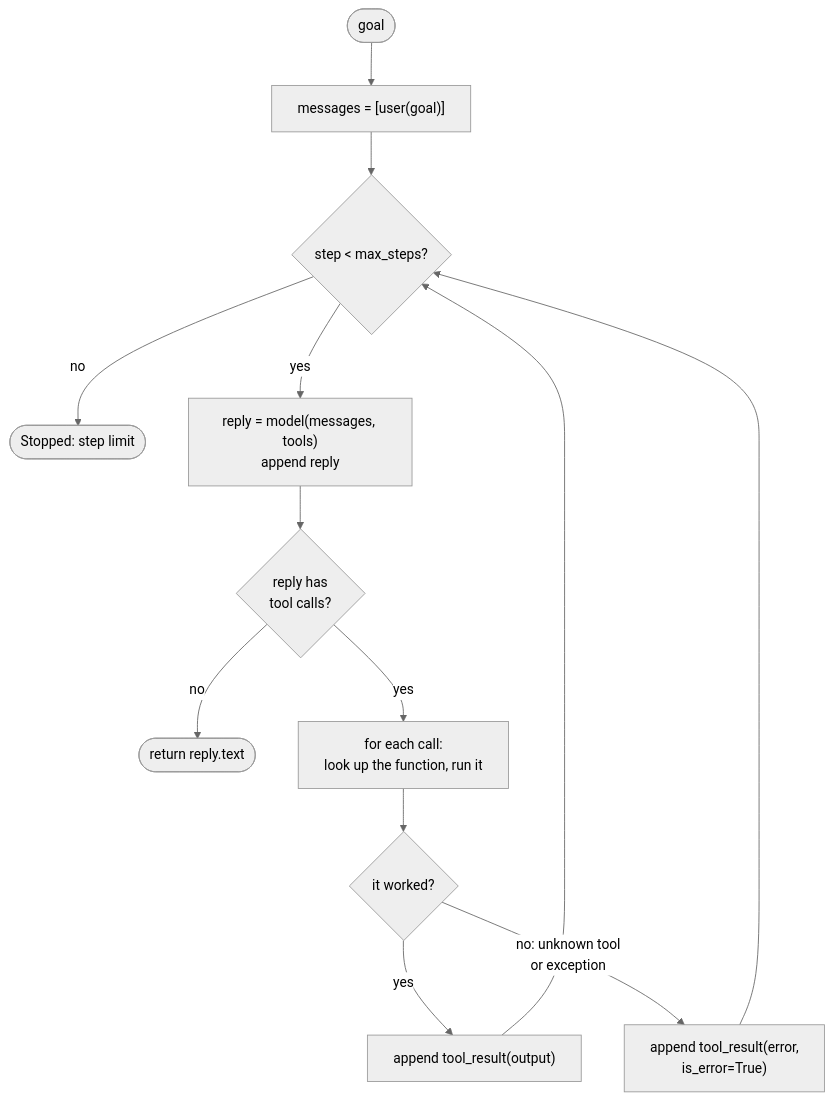
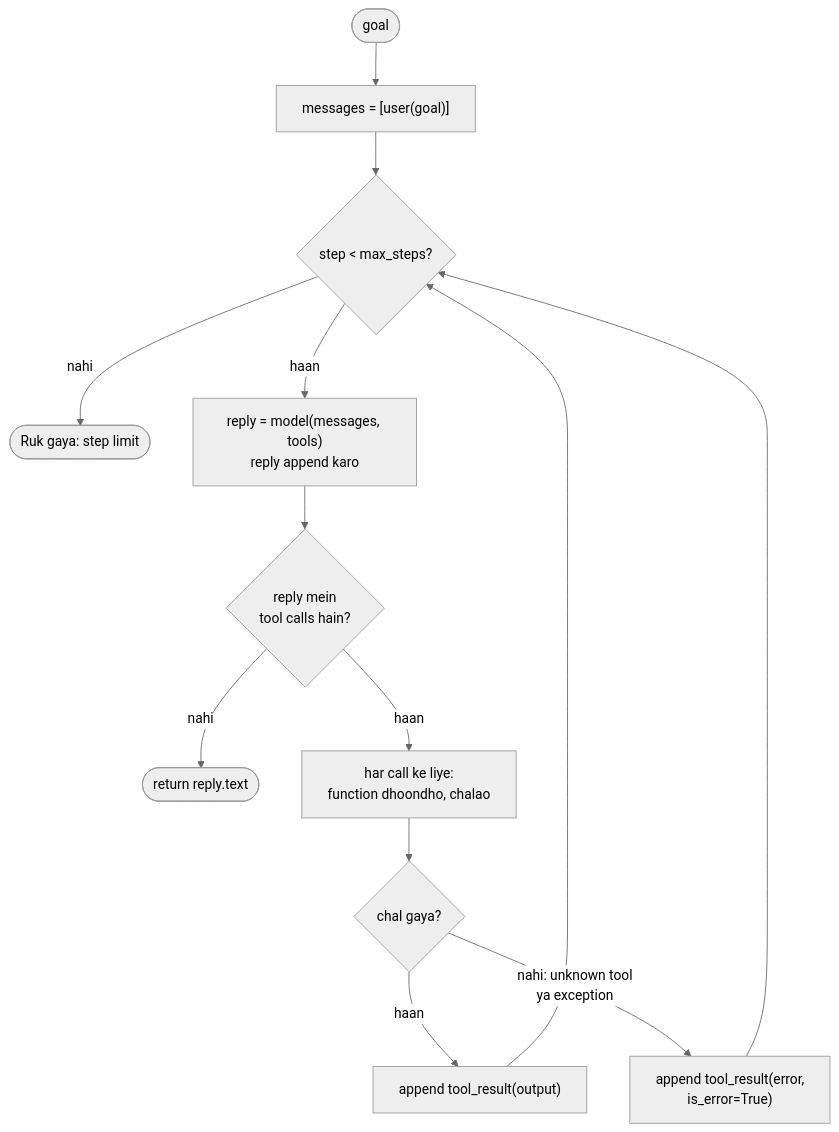
Before and after one commit to asmustechno/agentic-ai-notes: the diagram in docs/02-the-agent-loop/02.3-a-50-line-agent-from-scratch.md, drawn with Mermaid (neutral theme). The commit also changed other lines of this file and 135 other files, not shown here.

````diff
--- a/docs/02-the-agent-loop/02.3-a-50-line-agent-from-scratch.md
+++ b/docs/02-the-agent-loop/02.3-a-50-line-agent-from-scratch.md
@@ -41,15 +41,15 @@
 ```mermaid
 flowchart TD
     S([goal]) --> M["messages = [user(goal)]"]
     M --> C{"step < max_steps?"}
-    C -->|no| X(["Stopped: step limit"])
-    C -->|yes| CALL["reply = model(messages, tools)<br/>append reply"]
-    CALL --> TC{"reply has<br/>tool calls?"}
-    TC -->|no| ANS(["return reply.text"])
-    TC -->|yes| RUN["for each call:<br/>look up the function, run it"]
-    RUN --> OK{"it worked?"}
-    OK -->|yes| R1["append tool_result(output)"]
-    OK -->|"no: unknown tool<br/>or exception"| R2["append tool_result(error,<br/>is_error=True)"]
+    C -->|nahi| X(["Ruk gaya: step limit"])
+    C -->|haan| CALL["reply = model(messages, tools)<br/>reply append karo"]
+    CALL --> TC{"reply mein<br/>tool calls hain?"}
+    TC -->|nahi| ANS(["return reply.text"])
+    TC -->|haan| RUN["har call ke liye:<br/>function dhoondho, chalao"]
+    RUN --> OK{"chal gaya?"}
+    OK -->|haan| R1["append tool_result(output)"]
+    OK -->|"nahi: unknown tool<br/>ya exception"| R2["append tool_result(error,<br/>is_error=True)"]
     R1 --> C
     R2 --> C
 ```
````
